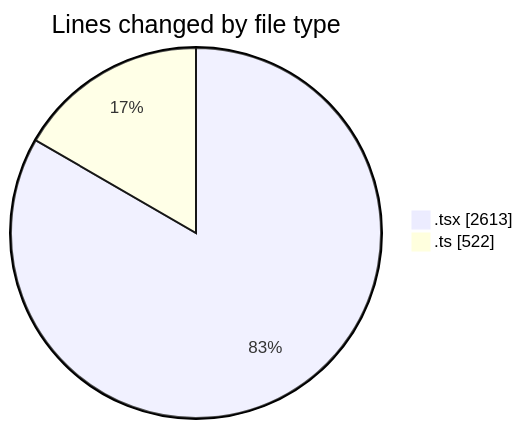
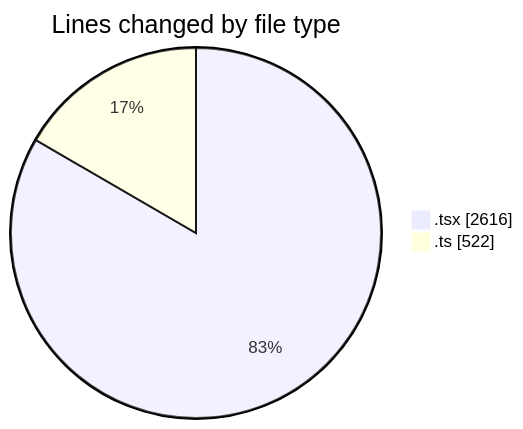
Before and after one commit to nxtqubesakshisongat/code-tracking: the first of 2 diagrams in 2026-04-03/nxtqube_webapp/README.md, drawn with Mermaid. The commit also changed other lines of this file and 1 other file, not shown here.

````diff
--- a/2026-04-03/nxtqube_webapp/README.md
+++ b/2026-04-03/nxtqube_webapp/README.md
@@ -22,6 +22,6 @@
 ```mermaid
 pie showData
 title Lines changed by file type
-".tsx" : 2613
+".tsx" : 2616
 ".ts" : 522
 ```
````
